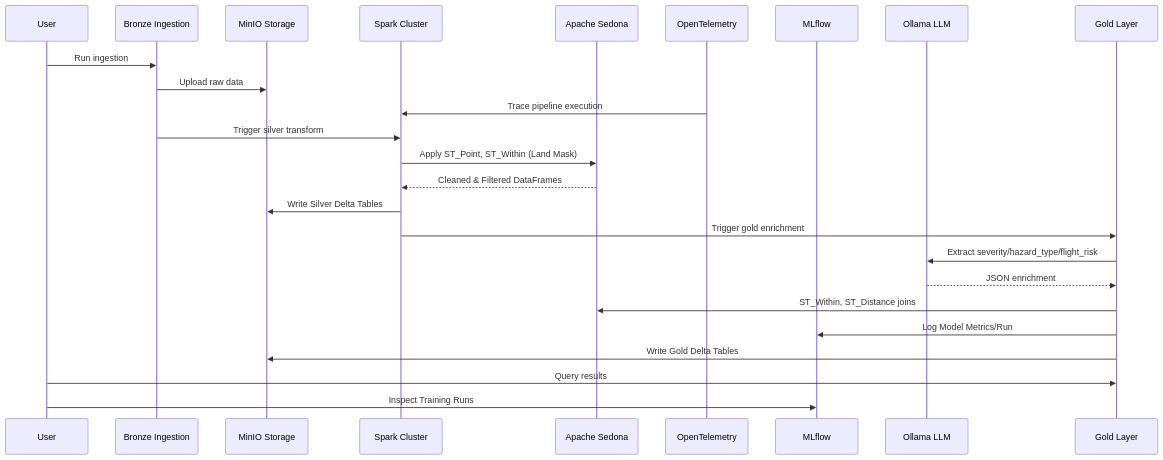
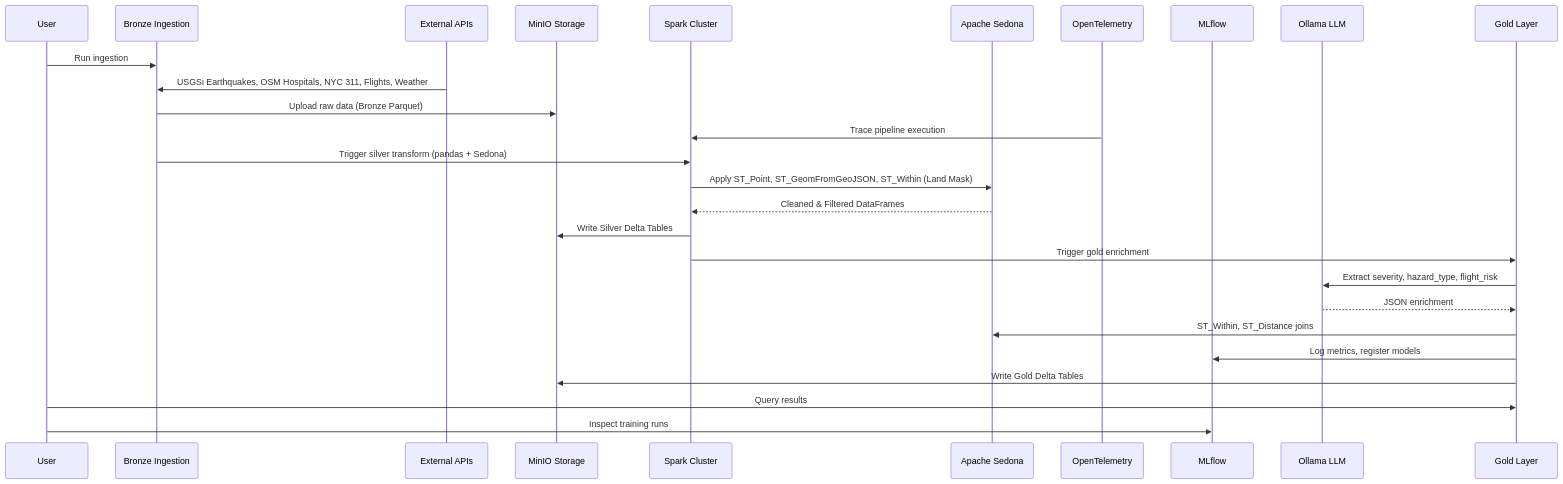
The fourth of 7 diagrams in README.md (matiasmagni/geo-ai-medallion-architecture-pipeline), drawn with Mermaid before and after one commit. The commit also changed other lines of this file, not shown here.

First line of the commit message:
Update README with all 8 data sources, 5 ML models, 102 tests, troubleshooting

````diff
--- a/README.md
+++ b/README.md
@@ -215,31 +245,34 @@
 ```mermaid
 sequenceDiagram
     participant User
     participant Bronze as Bronze Ingestion
+    participant Sources as External APIs
     participant MinIO as MinIO Storage
     participant Spark as Spark Cluster
     participant Sedona as Apache Sedona
     participant OTel as OpenTelemetry
     participant MLflow as MLflow
     participant Ollama as Ollama LLM
     participant Gold as Gold Layer
     
     User->>Bronze: Run ingestion
-    Bronze->>MinIO: Upload raw data
+    Sources->>Bronze: USGSi Earthquakes, OSM Hospitals, NYC 311, Flights, Weather
+    Bronze->>MinIO: Upload raw data (Bronze Parquet)
+    
     OTel->>Spark: Trace pipeline execution
     
-    Bronze->>Spark: Trigger silver transform
-    Spark->>Sedona: Apply ST_Point, ST_Within (Land Mask)
+    Bronze->>Spark: Trigger silver transform (pandas + Sedona)
+    Spark->>Sedona: Apply ST_Point, ST_GeomFromGeoJSON, ST_Within (Land Mask)
     Sedona-->>Spark: Cleaned & Filtered DataFrames
     Spark->>MinIO: Write Silver Delta Tables
     
     Spark->>Gold: Trigger gold enrichment
-    Gold->>Ollama: Extract severity/hazard_type/flight_risk
+    Gold->>Ollama: Extract severity, hazard_type, flight_risk
     Ollama-->>Gold: JSON enrichment
     Gold->>Sedona: ST_Within, ST_Distance joins
-    Gold->>MLflow: Log Model Metrics/Run
+    Gold->>MLflow: Log metrics, register models
     Gold->>MinIO: Write Gold Delta Tables
     
     User->>Gold: Query results
-    User->>MLflow: Inspect Training Runs
+    User->>MLflow: Inspect training runs
 ```
````
